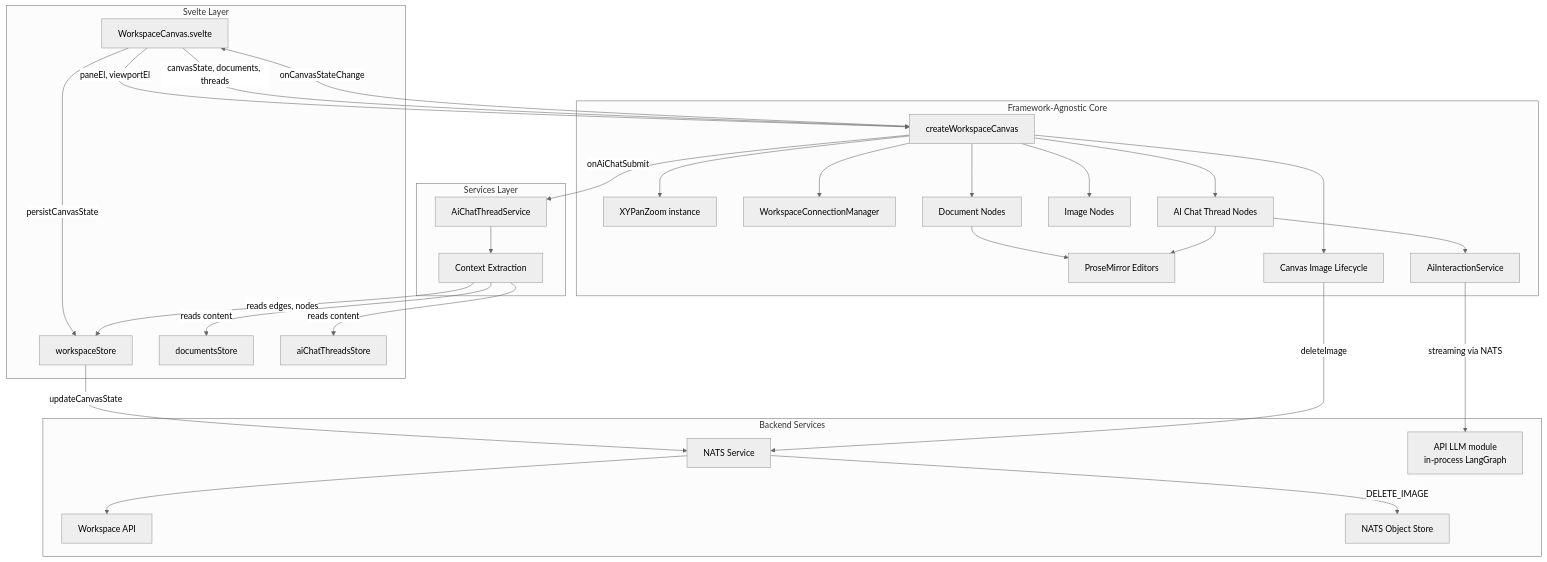
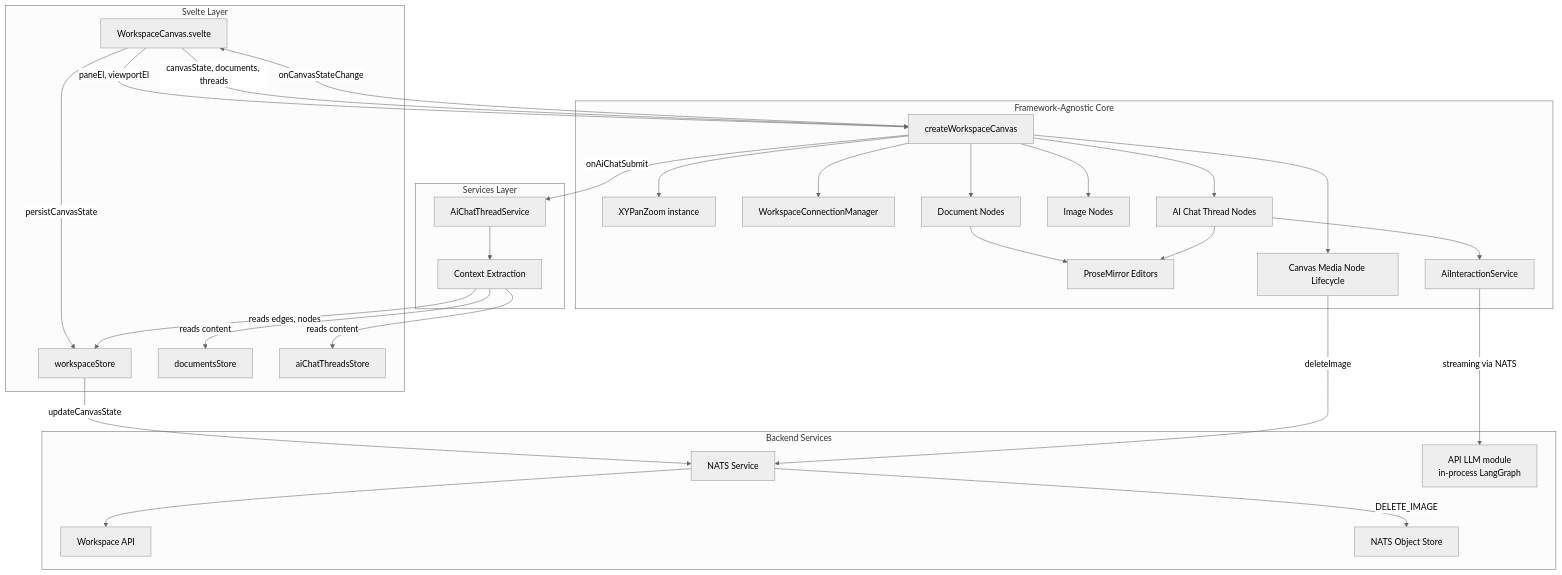
One commit to Lixpi/lixpi changed the first of 3 diagrams in services/web-ui/src/infographics/workspace/README.md. Above: the diagram before and after it, drawn with Mermaid (neutral theme). The commit also changed other lines of this file and 30 other files, not shown here.

````diff
--- a/services/web-ui/src/infographics/workspace/README.md
+++ b/services/web-ui/src/infographics/workspace/README.md
@@ -124,58 +124,58 @@
 ```mermaid
 flowchart TB
     subgraph Svelte["Svelte Layer"]
         WC[WorkspaceCanvas.svelte]
         WS[workspaceStore]
         DS[documentsStore]
         TS[aiChatThreadsStore]
     end
 
     subgraph Core["Framework-Agnostic Core"]
         CC[createWorkspaceCanvas]
         PZ[XYPanZoom instance]
         ECM[WorkspaceConnectionManager]
         DN[Document Nodes]
         IN[Image Nodes]
         TN[AI Chat Thread Nodes]
         PM[ProseMirror Editors]
         AIS[AiInteractionService]
-        IL[Canvas Image Lifecycle]
+        IL[Canvas Media Node Lifecycle]
     end
 
     subgraph Services["Services Layer"]
         ATS[AiChatThreadService]
         CTX[Context Extraction]
     end
 
     subgraph Backend["Backend Services"]
         NS[NATS Service]
         API[Workspace API]
         LLM[API LLM module<br/>in-process LangGraph]
         OBJ[NATS Object Store]
     end
 
     WC -->|"paneEl, viewportEl"| CC
     WC -->|"canvasState, documents, threads"| CC
     CC -->|"onCanvasStateChange"| WC
     WC -->|"persistCanvasState"| WS
     WS -->|"updateCanvasState"| NS
     NS --> API
 
     CC --> PZ
     CC --> ECM
     CC --> DN
     CC --> IN
     CC --> TN
     DN --> PM
     TN --> PM
     TN --> AIS
     CC -->|"onAiChatSubmit"| ATS
     ATS --> CTX
     CTX -->|"reads edges, nodes"| WS
     CTX -->|"reads content"| DS
     CTX -->|"reads content"| TS
     AIS -->|"streaming via NATS"| LLM
     CC --> IL
     IL -->|"deleteImage"| NS
     NS -->|"DELETE_IMAGE"| OBJ
 ```
````
